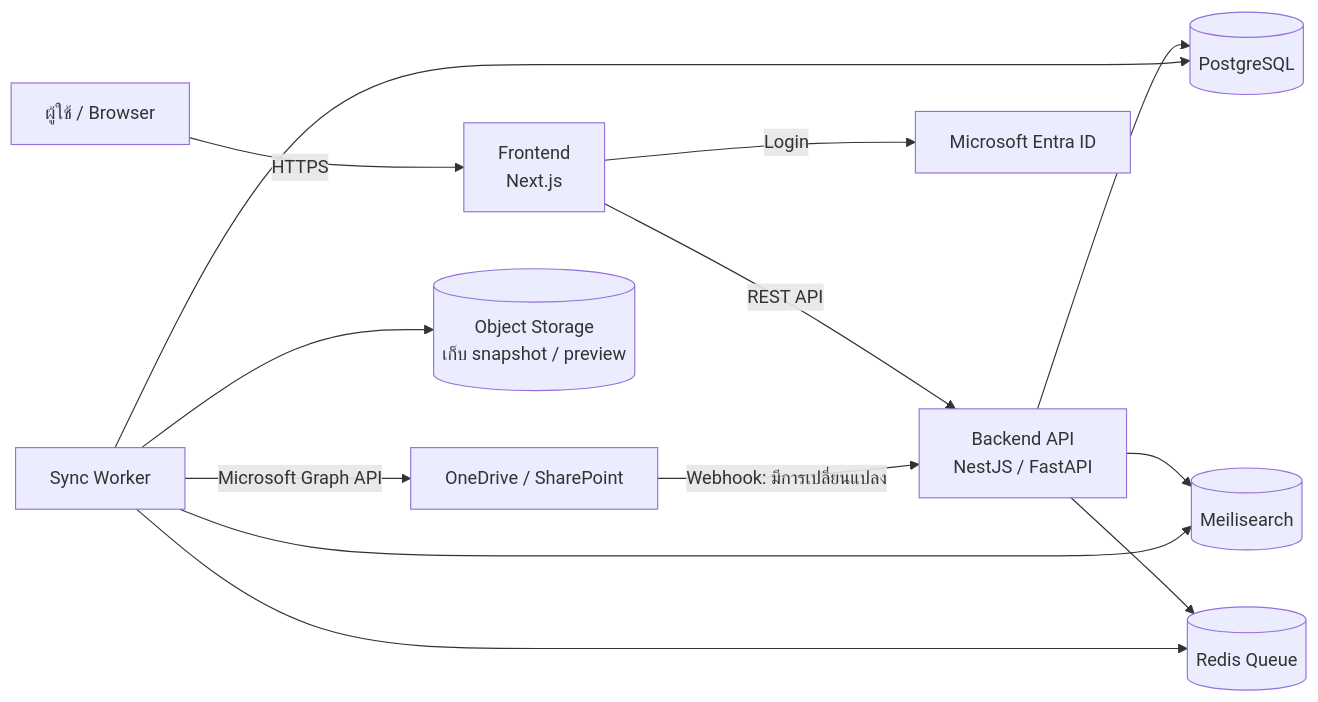
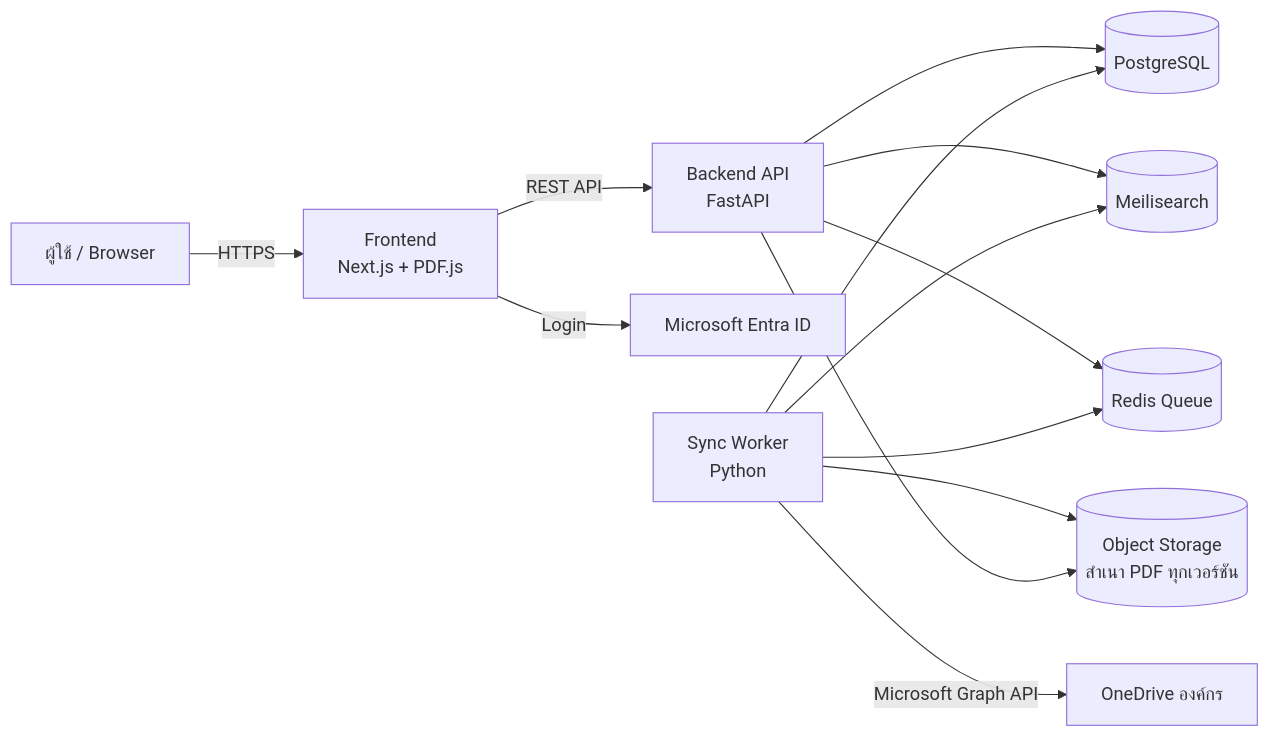
The first of 4 diagrams in docs/SYSTEM_DESIGN.md (Hanabishi-Daihen/Document_Schematic), drawn with Mermaid before and after one commit. The commit also changed other lines of this file, not shown here.

First line of the commit message:
Revise system design for org OneDrive, filename-based Rev parsing, and PDF pipeline

````diff
--- a/docs/SYSTEM_DESIGN.md
+++ b/docs/SYSTEM_DESIGN.md
@@ -23,15 +23,15 @@
 ```mermaid
 flowchart LR
-    U[ผู้ใช้ / Browser] -->|HTTPS| FE[Frontend<br/>Next.js]
-    FE -->|REST API| BE[Backend API<br/>NestJS / FastAPI]
+    U[ผู้ใช้ / Browser] -->|HTTPS| FE[Frontend<br/>Next.js + PDF.js]
+    FE -->|REST API| BE[Backend API<br/>FastAPI]
     FE -->|Login| AAD[Microsoft Entra ID]
     BE --> DB[(PostgreSQL)]
     BE --> SE[(Meilisearch)]
     BE --> Q[(Redis Queue)]
-    W[Sync Worker] --> Q
-    W -->|Microsoft Graph API| OD[OneDrive / SharePoint]
-    OD -->|Webhook: มีการเปลี่ยนแปลง| BE
+    W[Sync Worker<br/>Python] --> Q
+    W -->|Microsoft Graph API| OD[OneDrive องค์กร]
     W --> DB
     W --> SE
-    W --> FS[(Object Storage<br/>เก็บ snapshot / preview)]
+    W --> FS[(Object Storage<br/>สำเนา PDF ทุกเวอร์ชัน)]
+    BE --> FS
 ```
````
